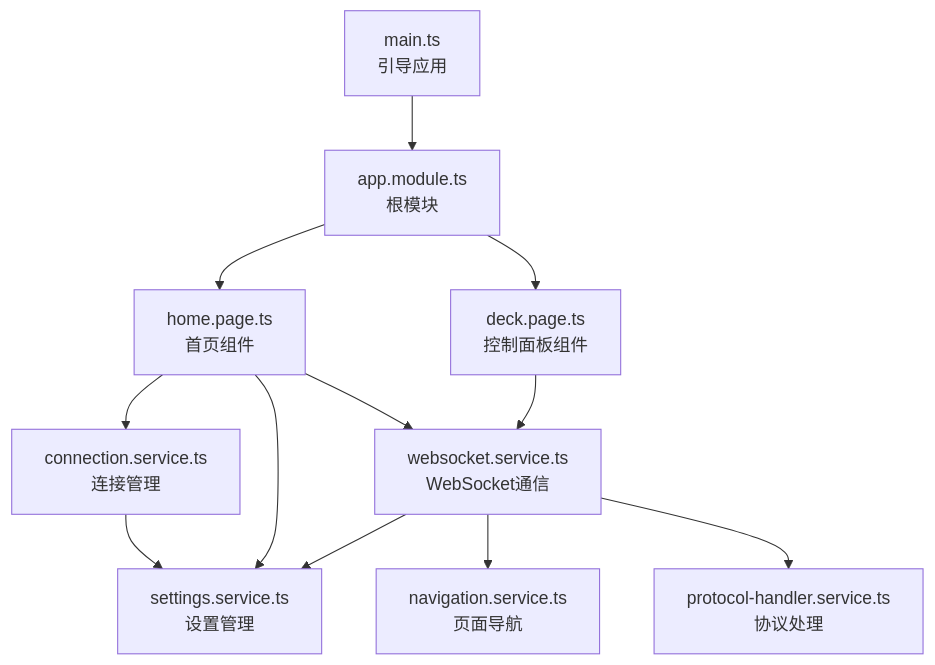
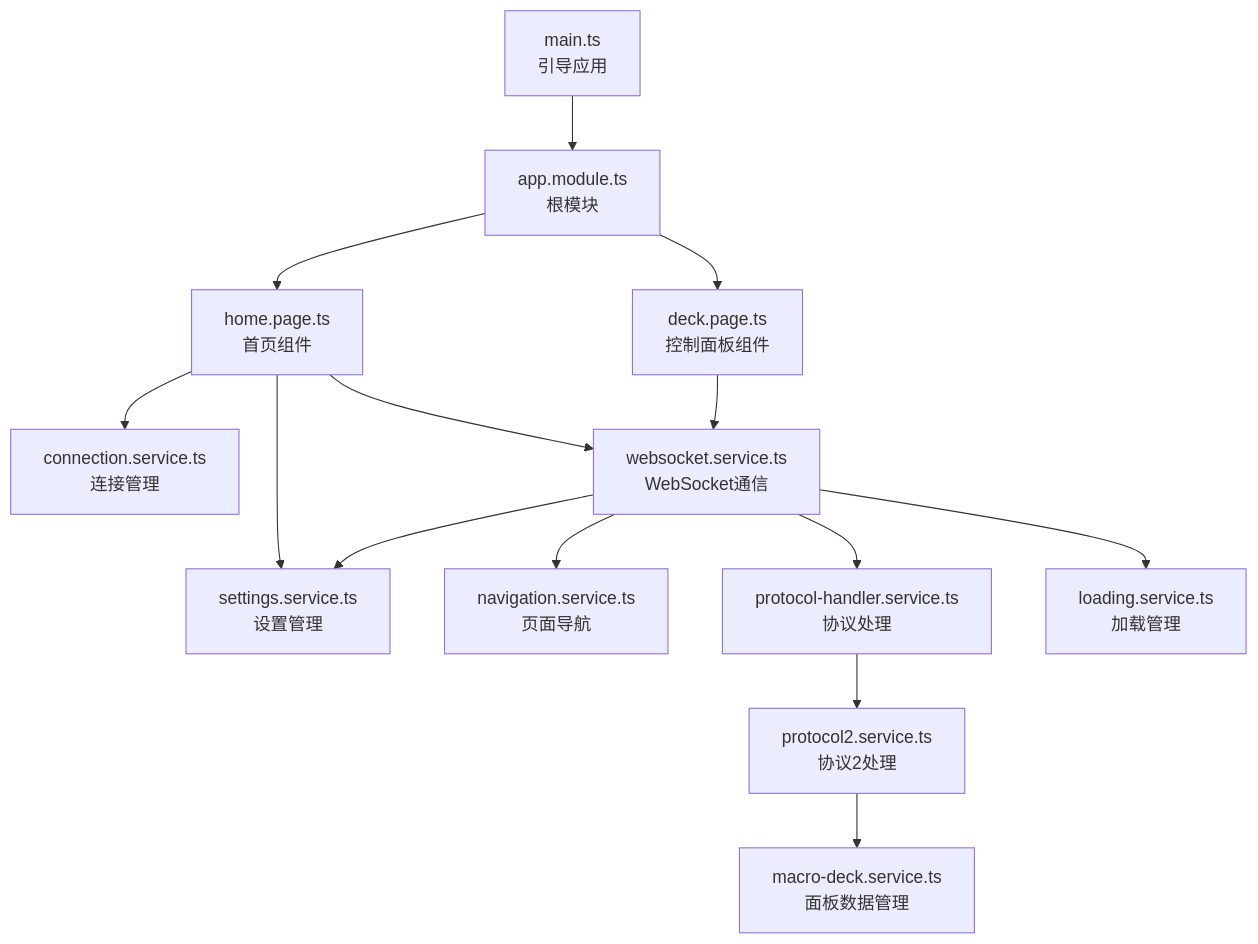
One commit to dingxyang/Macro-Deck-Client-App changed the first of 6 diagrams in .qoder/repowiki/zh/content/架构设计/设计模式应用/依赖注入模式.md. Above: the diagram before and after it, drawn with Mermaid. The commit also changed other lines of this file and 47 other files, not shown here.

First line of the commit message:
refactor(docs): 重构 Macro Deck 客户端文档模块结构

````diff
--- a/.qoder/repowiki/zh/content/架构设计/设计模式应用/依赖注入模式.md
+++ b/.qoder/repowiki/zh/content/架构设计/设计模式应用/依赖注入模式.md
@@ -39,14 +54,16 @@
 ```mermaid
 graph TB
 main_ts["main.ts<br/>引导应用"] --> app_module["app.module.ts<br/>根模块"]
 app_module --> home_page["home.page.ts<br/>首页组件"]
 app_module --> deck_page["deck.page.ts<br/>控制面板组件"]
 home_page --> conn_svc["connection.service.ts<br/>连接管理"]
 home_page --> settings_svc["settings.service.ts<br/>设置管理"]
 home_page --> ws_svc["websocket.service.ts<br/>WebSocket通信"]
 deck_page --> ws_svc
 ws_svc --> settings_svc
 ws_svc --> nav_svc["navigation.service.ts<br/>页面导航"]
 ws_svc --> proto_handler["protocol-handler.service.ts<br/>协议处理"]
-conn_svc --> settings_svc
+ws_svc --> loading_svc["loading.service.ts<br/>加载管理"]
+proto_handler --> proto2_svc["protocol2.service.ts<br/>协议2处理"]
+proto2_svc --> macro_deck_svc["macro-deck.service.ts<br/>面板数据管理"]
 ```
````
